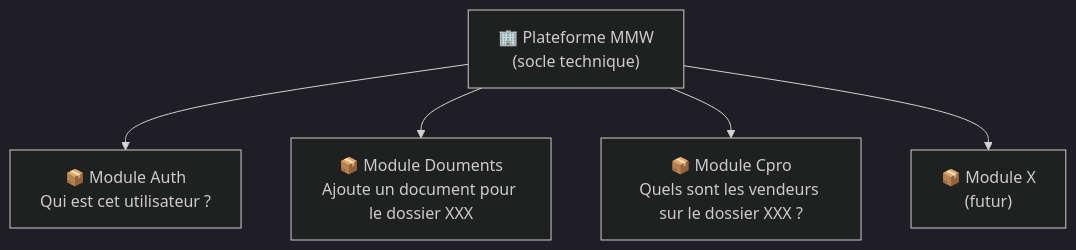
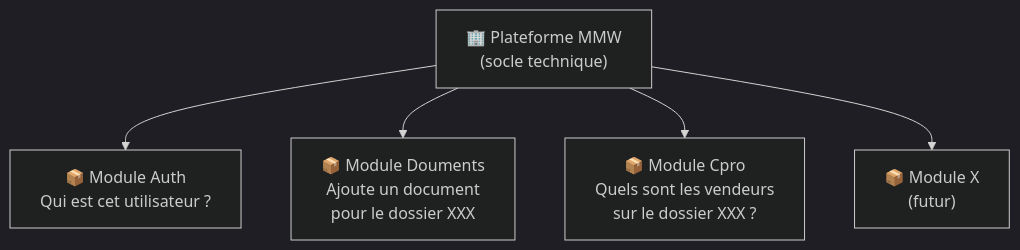
Before and after one commit to pivaldi/blog.piprime.fr: the first of 18 diagrams in hexo/source/_posts/fr/presentation-mmw.md, drawn with Mermaid (dark theme). The commit also changed other lines of this file and 4 other files, not shown here.

````diff
--- a/hexo/source/_posts/fr/presentation-mmw.md
+++ b/hexo/source/_posts/fr/presentation-mmw.md
@@ -56,13 +57,13 @@
 ```mermaid
 graph TD
     P["🏢 Plateforme MMW<br>(socle technique)"]
     A["📦 Module Auth<br>Qui est cet utilisateur ?"]
-    T["📦 Module Douments<br>Ajoute un document pour le dossier XXX"]
-    C["📦 Module Cpro<br>Quels sont les vendeurs sur le dossier XXX ?"]
+    T["📦 Module Douments<br>Ajoute un document<br>pour le dossier XXX"]
+    C["📦 Module Cpro<br>Quels sont les vendeurs<br>sur le dossier XXX ?"]
     X["📦 Module X<br>(futur)"]
 
     P --> A
     P --> T
     P --> C
     P --> X
 ```
````
